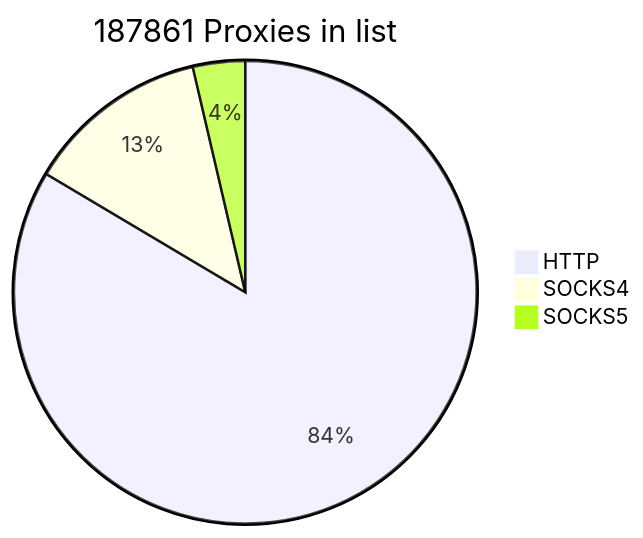
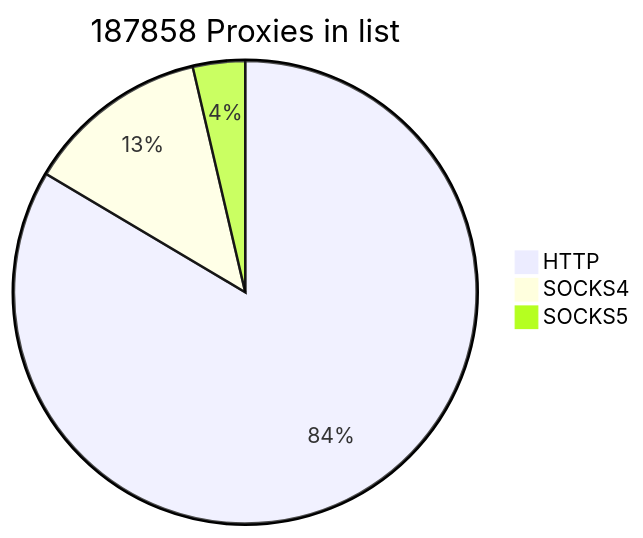
One commit to cutipu/proxylist changed the first of 2 diagrams in README.md. Above: the diagram before and after it, drawn with Mermaid. The commit also changed other lines of this file, not shown here.

````diff
--- a/README.md
+++ b/README.md
@@ -2,7 +2,7 @@
 ```mermaid
-pie title 187861 Proxies in list
+pie title 187858 Proxies in list
     "HTTP" : 156921
-    "SOCKS4" : 24089
-    "SOCKS5" : 6851
+    "SOCKS4" : 24088
+    "SOCKS5" : 6849
             
 ```
````
